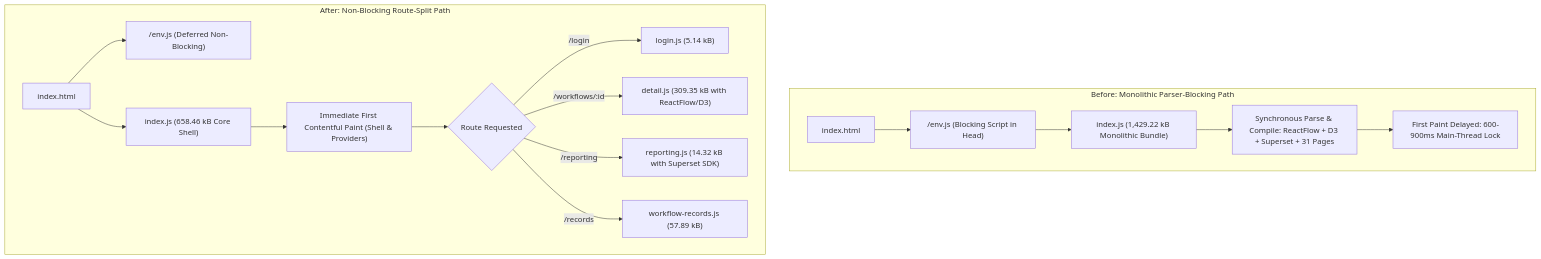
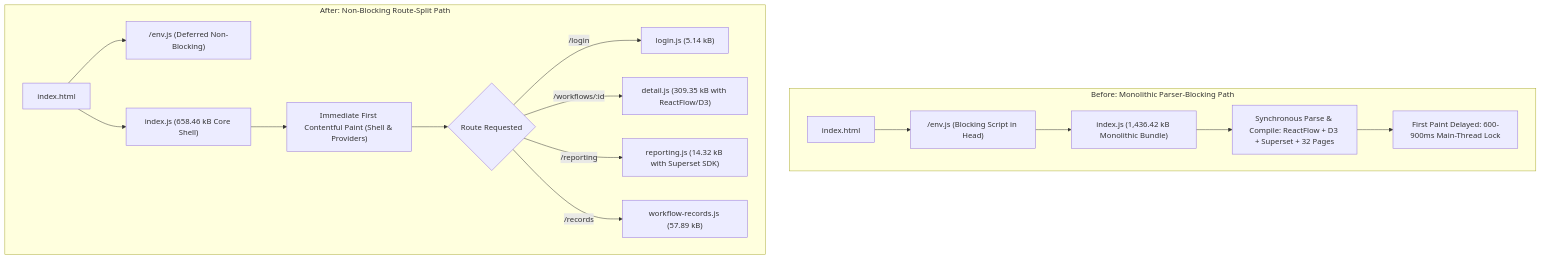
One commit to imRahul05/OpenWind changed the first of 4 diagrams in docs/frontend-performance-optimizations.md. Above: the diagram before and after it, drawn with Mermaid. The commit also changed other lines of this file and 1 other file, not shown here.

````diff
--- a/docs/frontend-performance-optimizations.md
+++ b/docs/frontend-performance-optimizations.md
@@ -116,20 +116,20 @@
 ```mermaid
 flowchart TD
     subgraph BEFORE["Before: Monolithic Parser-Blocking Path"]
         A1["index.html"] --> B1["/env.js (Blocking Script in Head)"]
-        B1 --> C1["index.js (1,429.22 kB Monolithic Bundle)"]
-        C1 --> D1["Synchronous Parse & Compile: ReactFlow + D3 + Superset + 31 Pages"]
+        B1 --> C1["index.js (1,436.42 kB Monolithic Bundle)"]
+        C1 --> D1["Synchronous Parse & Compile: ReactFlow + D3 + Superset + 32 Pages"]
         D1 --> E1["First Paint Delayed: 600-900ms Main-Thread Lock"]
     end
 
     subgraph AFTER["After: Non-Blocking Route-Split Path"]
         A2["index.html"] --> B2["/env.js (Deferred Non-Blocking)"]
         A2 --> C2["index.js (658.46 kB Core Shell)"]
         C2 --> D2["Immediate First Contentful Paint (Shell & Providers)"]
         D2 --> E2{"Route Requested"}
         E2 -->|/login| F1["login.js (5.14 kB)"]
         E2 -->|/workflows/:id| F2["detail.js (309.35 kB with ReactFlow/D3)"]
         E2 -->|/reporting| F3["reporting.js (14.32 kB with Superset SDK)"]
         E2 -->|/records| F4["workflow-records.js (57.89 kB)"]
     end
 ```
````
